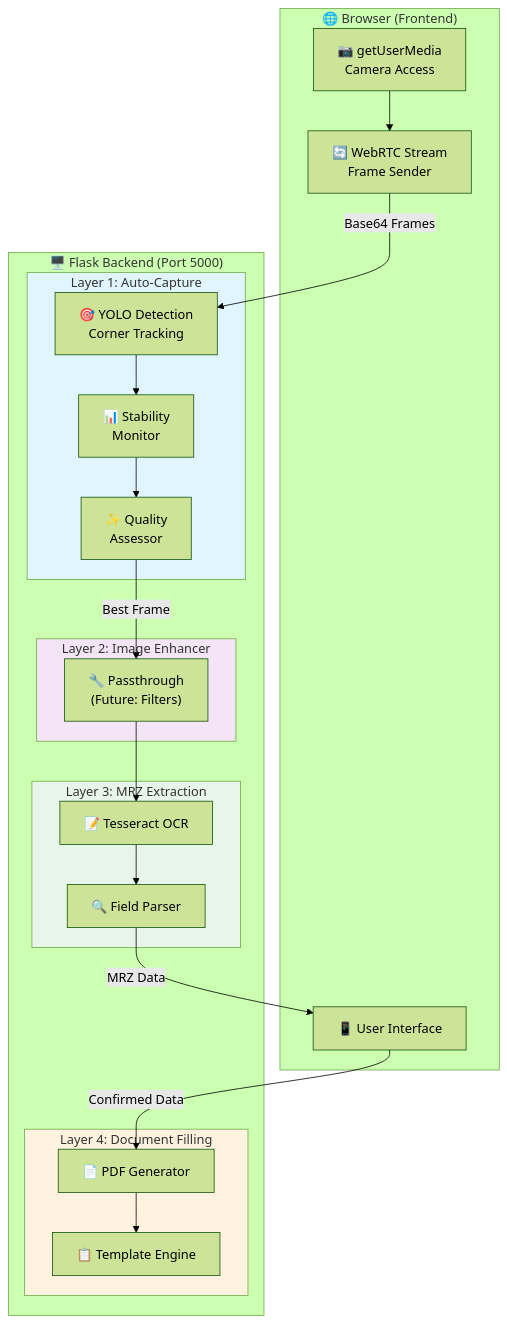
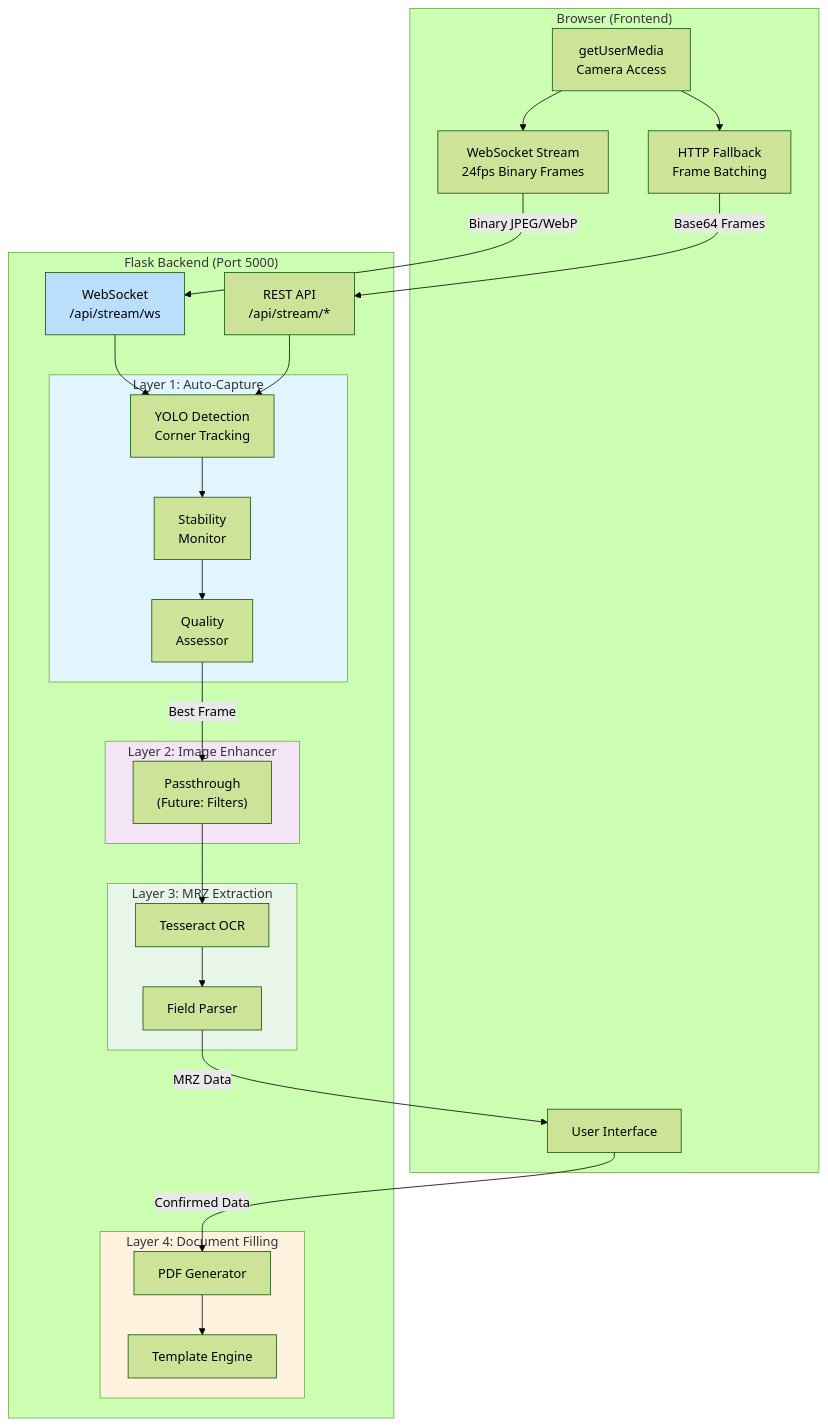
One commit to omarmx9/smart-hotel changed the first of 4 diagrams in kiosk/app/README.md. Above: the diagram before and after it, drawn with Mermaid (forest theme). The commit also changed other lines of this file and 22 other files, not shown here.

````diff
--- a/kiosk/app/README.md
+++ b/kiosk/app/README.md
@@ -18,46 +19,55 @@
 ```mermaid
 flowchart TB
-    subgraph Browser["🌐 Browser (Frontend)"]
-        CAM["📷 getUserMedia<br/>Camera Access"]
-        WS["🔄 WebRTC Stream<br/>Frame Sender"]
-        UI["📱 User Interface"]
+    subgraph Browser["Browser (Frontend)"]
+        CAM["getUserMedia<br/>Camera Access"]
+        WS["WebSocket Stream<br/>24fps Binary Frames"]
+        HTTP["HTTP Fallback<br/>Frame Batching"]
+        UI["User Interface"]
     end
     
-    subgraph Backend["🖥️ Flask Backend (Port 5000)"]
+    subgraph Backend["Flask Backend (Port 5000)"]
+        WSOCK["WebSocket<br/>/api/stream/ws"]
+        REST["REST API<br/>/api/stream/*"]
+        
         subgraph L1["Layer 1: Auto-Capture"]
-            DET["🎯 YOLO Detection<br/>Corner Tracking"]
-            STAB["📊 Stability<br/>Monitor"]
-            QUAL["✨ Quality<br/>Assessor"]
+            DET["YOLO Detection<br/>Corner Tracking"]
+            STAB["Stability<br/>Monitor"]
+            QUAL["Quality<br/>Assessor"]
         end
         
         subgraph L2["Layer 2: Image Enhancer"]
-            ENH["🔧 Passthrough<br/>(Future: Filters)"]
+            ENH["Passthrough<br/>(Future: Filters)"]
         end
         
         subgraph L3["Layer 3: MRZ Extraction"]
-            OCR["📝 Tesseract OCR"]
-            PARSE["🔍 Field Parser"]
+            OCR["Tesseract OCR"]
+            PARSE["Field Parser"]
         end
         
         subgraph L4["Layer 4: Document Filling"]
-            PDF["📄 PDF Generator"]
-            TPL["📋 Template Engine"]
+            PDF["PDF Generator"]
+            TPL["Template Engine"]
         end
     end
     
     CAM --> WS
-    WS -->|"Base64 Frames"| DET
+    CAM --> HTTP
+    WS -->|"Binary JPEG/WebP"| WSOCK
+    HTTP -->|"Base64 Frames"| REST
+    WSOCK --> DET
+    REST --> DET
     DET --> STAB
     STAB --> QUAL
     QUAL -->|"Best Frame"| ENH
     ENH --> OCR
     OCR --> PARSE
     PARSE -->|"MRZ Data"| UI
     UI -->|"Confirmed Data"| PDF
     PDF --> TPL
     
     style L1 fill:#e1f5fe
     style L2 fill:#f3e5f5
     style L3 fill:#e8f5e9
     style L4 fill:#fff3e0
+    style WSOCK fill:#bbdefb
 ```
````
